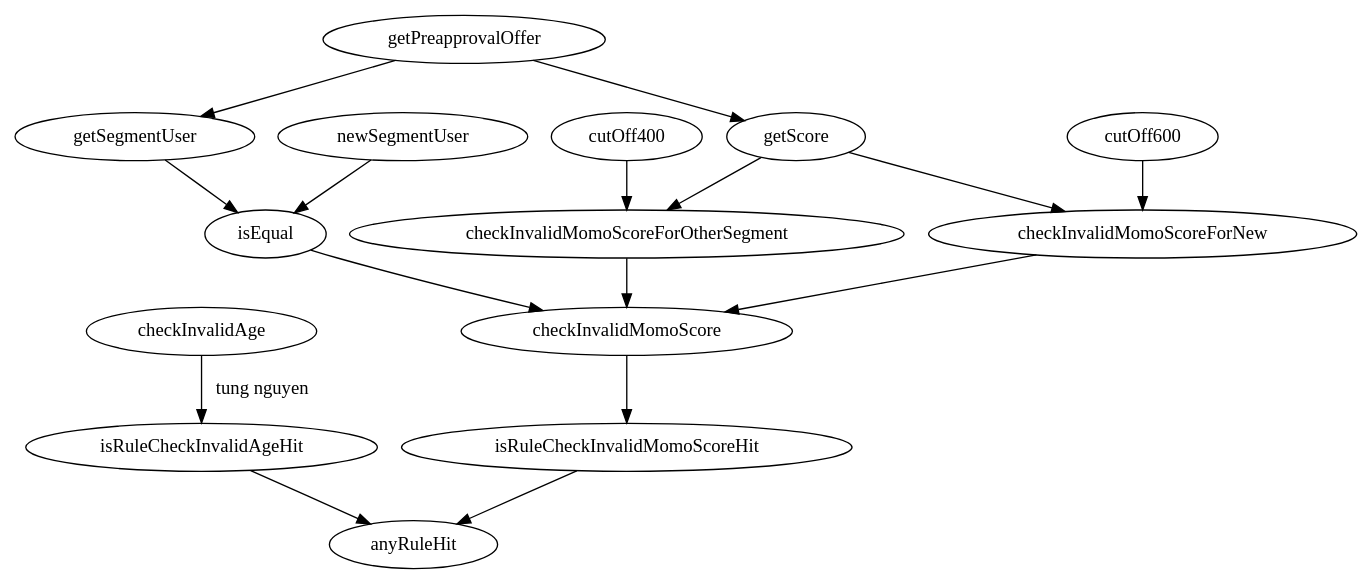
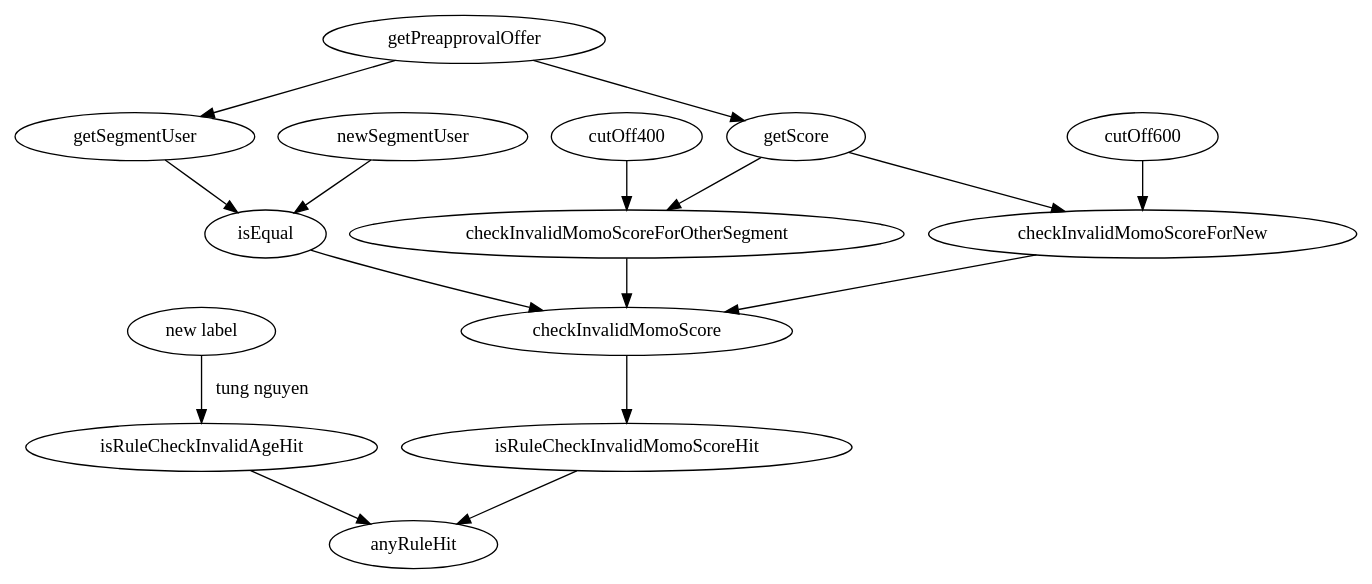
The diagram in core/dot/examples/dg2.dot (tungnt620/decisionengine), drawn with Graphviz before and after one commit. The commit also changed 9 other files, not shown here.

```diff
--- a/core/dot/examples/dg2.dot
+++ b/core/dot/examples/dg2.dot
@@ -1,31 +1,31 @@
 digraph graphName {
-checkInvalidAge [nodeType=CheckInvalidAge];
+checkInvalidAge [nodeType=CheckInvalidAge, type=root, label="new label"];
 getPreapprovalOffer [nodeType=GetPreApprovedOfferPackage];
 getSegmentUser [nodeType=GetSegmentUserFromOffer];
 getScore [nodeType=GetUserCreditScoreFromOffer];
 newSegmentUser [nodeType=ValueNode, value=NEW, dataType=string];
 isEqual [nodeType=EqualsNode];
 cutOff600 [nodeType=ValueNode, value=600, dataType=integer];
 cutOff400 [nodeType=ValueNode, value=400, dataType=integer];
 checkInvalidMomoScoreForNew [nodeType=CheckInvalidMomoScore];
 checkInvalidMomoScoreForOtherSegment [nodeType=CheckInvalidMomoScore];
 checkInvalidMomoScore [nodeType=PredicateSwitchNode];
 isRuleCheckInvalidAgeHit [nodeType=IsRuleHit];
 isRuleCheckInvalidMomoScoreHit [nodeType=IsRuleHit];
 anyRuleHit [nodeType=OrNode, type=root];
 getPreapprovalOffer -> getSegmentUser [name="OFFER_PACKAGE_INFO_RESPONSE"];
 getPreapprovalOffer -> getScore [name="OFFER_PACKAGE_INFO_RESPONSE"];
 newSegmentUser -> isEqual;
 getSegmentUser -> isEqual;
 getScore -> checkInvalidMomoScoreForNew [name="MOMO_CREDIT_SCORE"];
 cutOff600 -> checkInvalidMomoScoreForNew [name="CUTOFF_SCORE"];
 getScore -> checkInvalidMomoScoreForOtherSegment [name="MOMO_CREDIT_SCORE"];
 cutOff400 -> checkInvalidMomoScoreForOtherSegment [name="CUTOFF_SCORE"];
 isEqual -> checkInvalidMomoScore [name=condition];
 checkInvalidMomoScoreForNew -> checkInvalidMomoScore [name=whenTrue];
 checkInvalidMomoScoreForOtherSegment -> checkInvalidMomoScore [name=whenFalse];
 checkInvalidMomoScore -> isRuleCheckInvalidMomoScoreHit [name="LOAN_RULE_BUILDER"];
 checkInvalidAge -> isRuleCheckInvalidAgeHit [name="LOAN_RULE_BUILDER", label="tung nguyen"];
 isRuleCheckInvalidMomoScoreHit -> anyRuleHit;
 isRuleCheckInvalidAgeHit -> anyRuleHit;
 }
```
